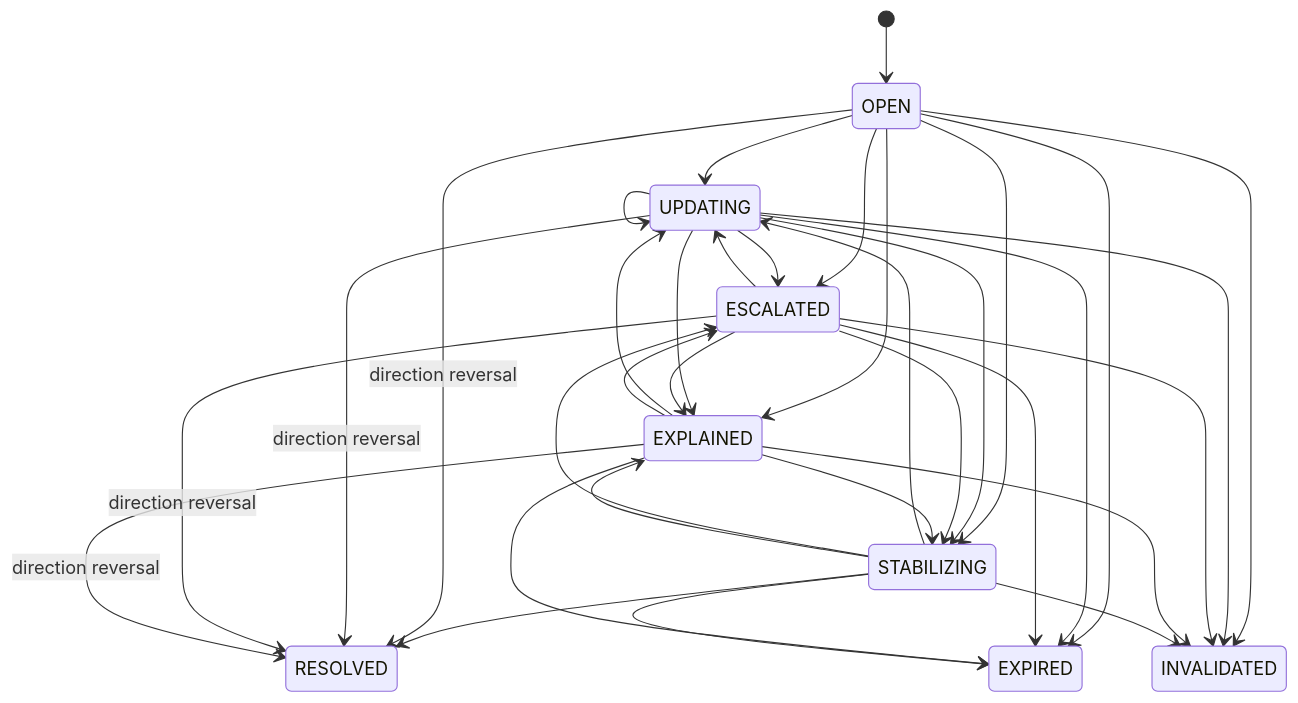
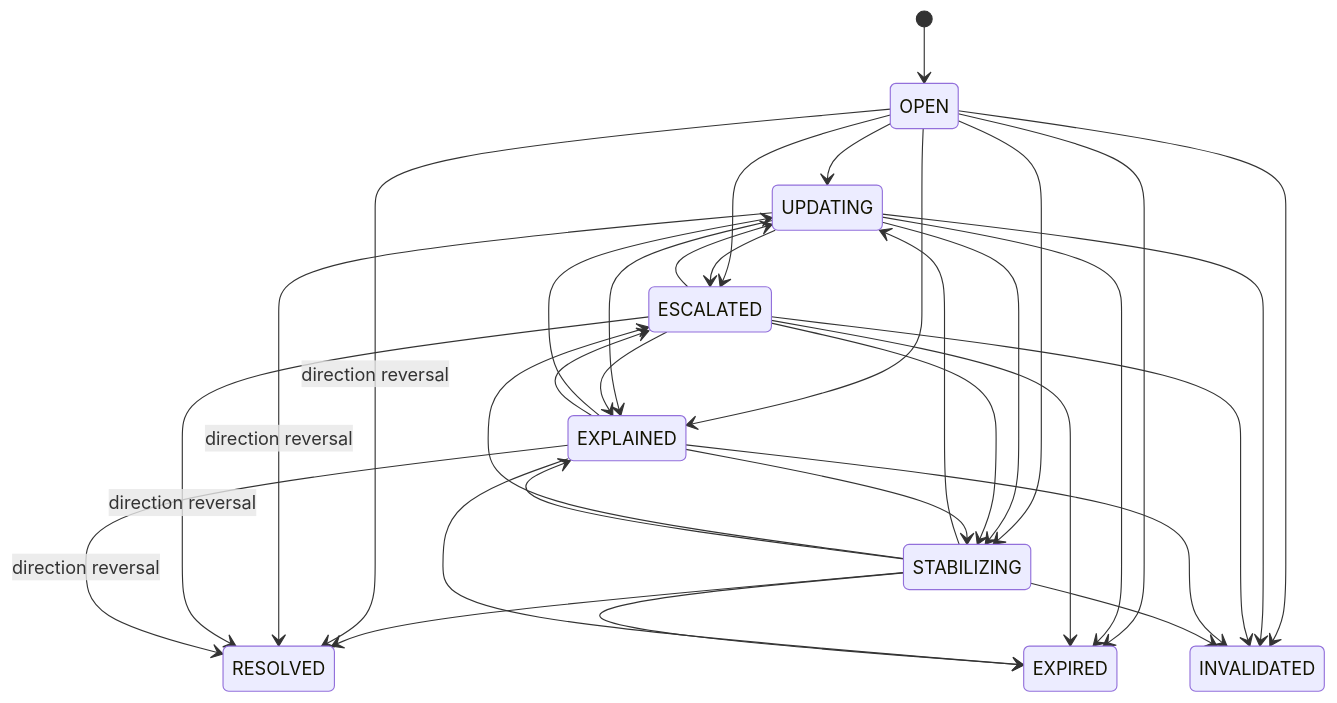
One commit to enjoyfulwen0204-eng/whoop-briefing changed the second of 6 diagrams in docs/phase4-architecture.md. Above: the diagram before and after it, drawn with Mermaid. The commit also changed other lines of this file, not shown here.

Commit message:
docs: close remaining phase 4 architecture findings

```diff
--- a/docs/phase4-architecture.md
+++ b/docs/phase4-architecture.md
@@ -661,36 +713,35 @@
 ~~~mermaid
 stateDiagram-v2
     [*] --> OPEN
     OPEN --> UPDATING
     OPEN --> ESCALATED
     OPEN --> EXPLAINED
     OPEN --> STABILIZING
-    UPDATING --> UPDATING
     UPDATING --> ESCALATED
     UPDATING --> EXPLAINED
     UPDATING --> STABILIZING
     ESCALATED --> UPDATING
     ESCALATED --> EXPLAINED
     ESCALATED --> STABILIZING
     EXPLAINED --> UPDATING
     EXPLAINED --> ESCALATED
     EXPLAINED --> STABILIZING
     STABILIZING --> UPDATING
     STABILIZING --> ESCALATED
     STABILIZING --> EXPLAINED
     STABILIZING --> RESOLVED
     OPEN --> RESOLVED: direction reversal
     UPDATING --> RESOLVED: direction reversal
     ESCALATED --> RESOLVED: direction reversal
     EXPLAINED --> RESOLVED: direction reversal
     OPEN --> EXPIRED
     UPDATING --> EXPIRED
     ESCALATED --> EXPIRED
     EXPLAINED --> EXPIRED
     STABILIZING --> EXPIRED
     OPEN --> INVALIDATED
     UPDATING --> INVALIDATED
     ESCALATED --> INVALIDATED
     EXPLAINED --> INVALIDATED
     STABILIZING --> INVALIDATED
 ~~~
```
